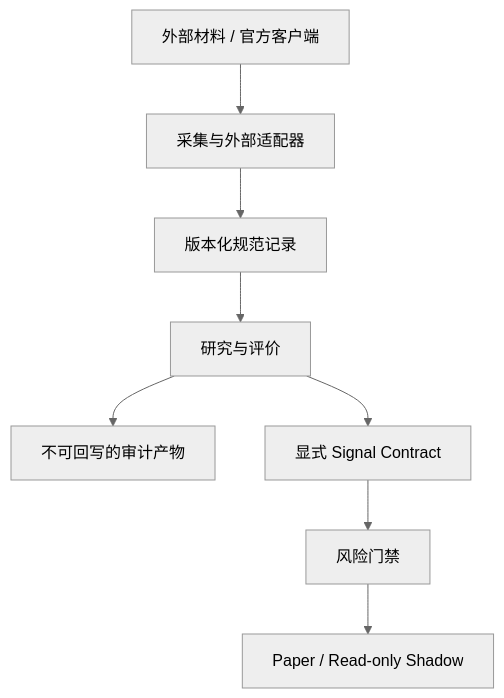
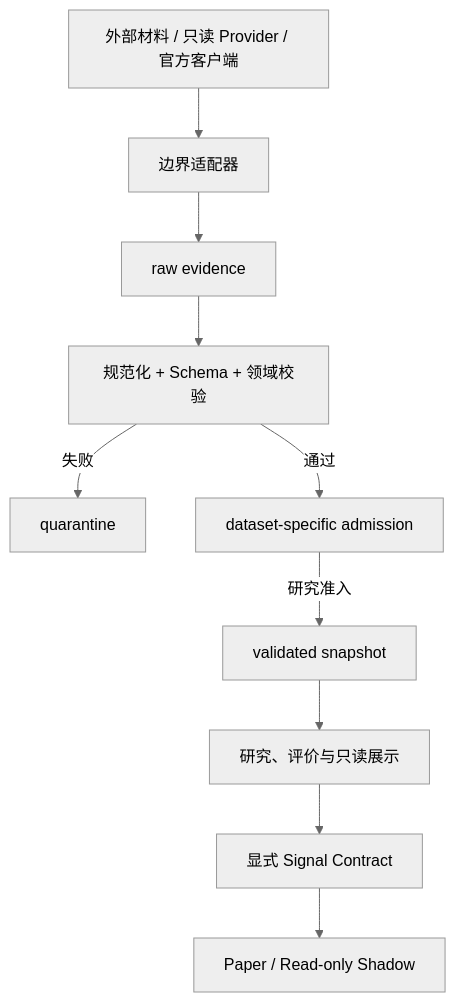
Before and after one commit to menggolight/quant_lim_1: the diagram in docs/ARCHITECTURE.md, drawn with Mermaid (neutral theme). The commit also changed other lines of this file and 11 other files, not shown here.

````diff
--- a/docs/ARCHITECTURE.md
+++ b/docs/ARCHITECTURE.md
@@ -19,10 +22,12 @@
 ```mermaid
 flowchart TD
-    A["外部材料 / 官方客户端"] --> B["采集与外部适配器"]
-    B --> C["版本化规范记录"]
-    C --> D["研究与评价"]
-    D --> E["不可回写的审计产物"]
-    D --> F["显式 Signal Contract"]
-    F --> G["风险门禁"]
-    G --> H["Paper / Read-only Shadow"]
+    A["外部材料 / 只读 Provider / 官方客户端"] --> B["边界适配器"]
+    B --> C["raw evidence"]
+    C --> D["规范化 + Schema + 领域校验"]
+    D -->|失败| E["quarantine"]
+    D -->|通过| F["dataset-specific admission"]
+    F -->|研究准入| G["validated snapshot"]
+    G --> H["研究、评价与只读展示"]
+    H --> I["显式 Signal Contract"]
+    I --> J["Paper / Read-only Shadow"]
 ```
````
